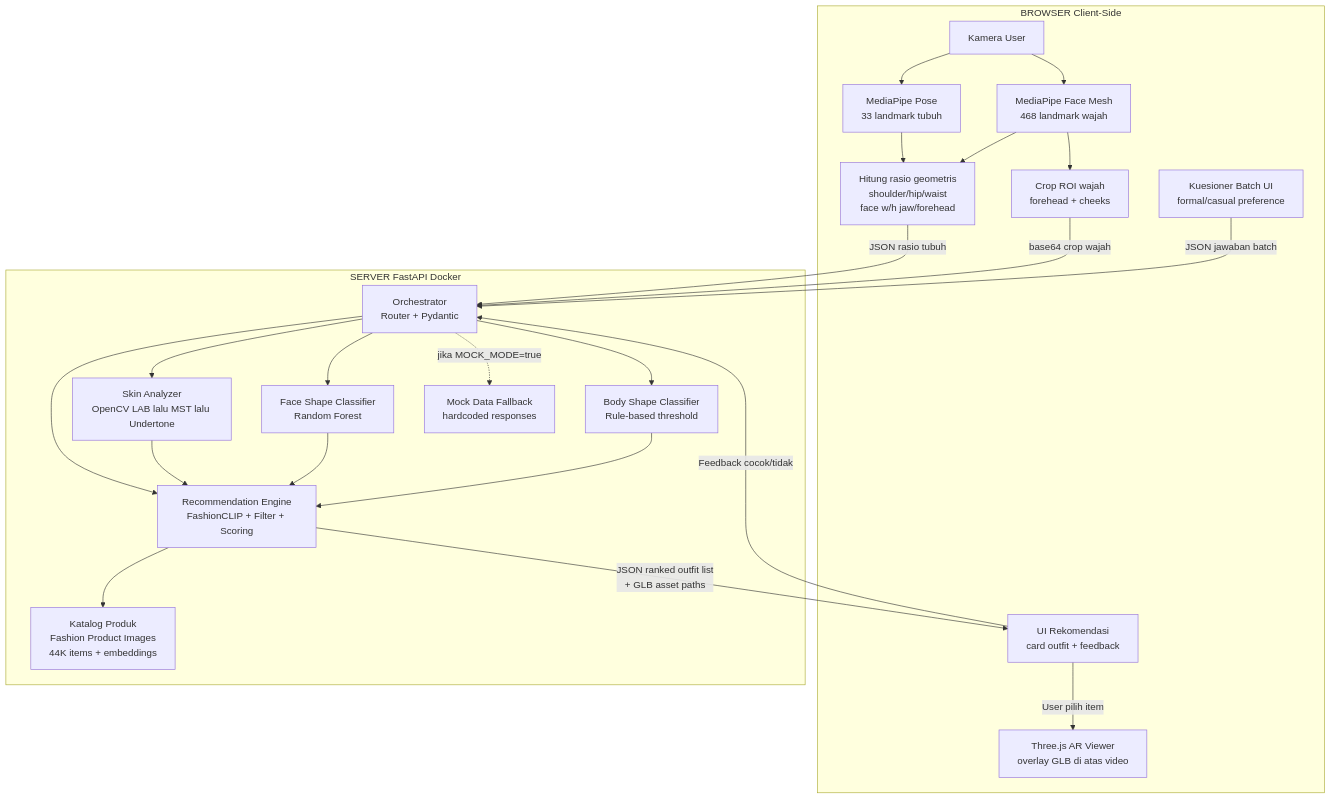
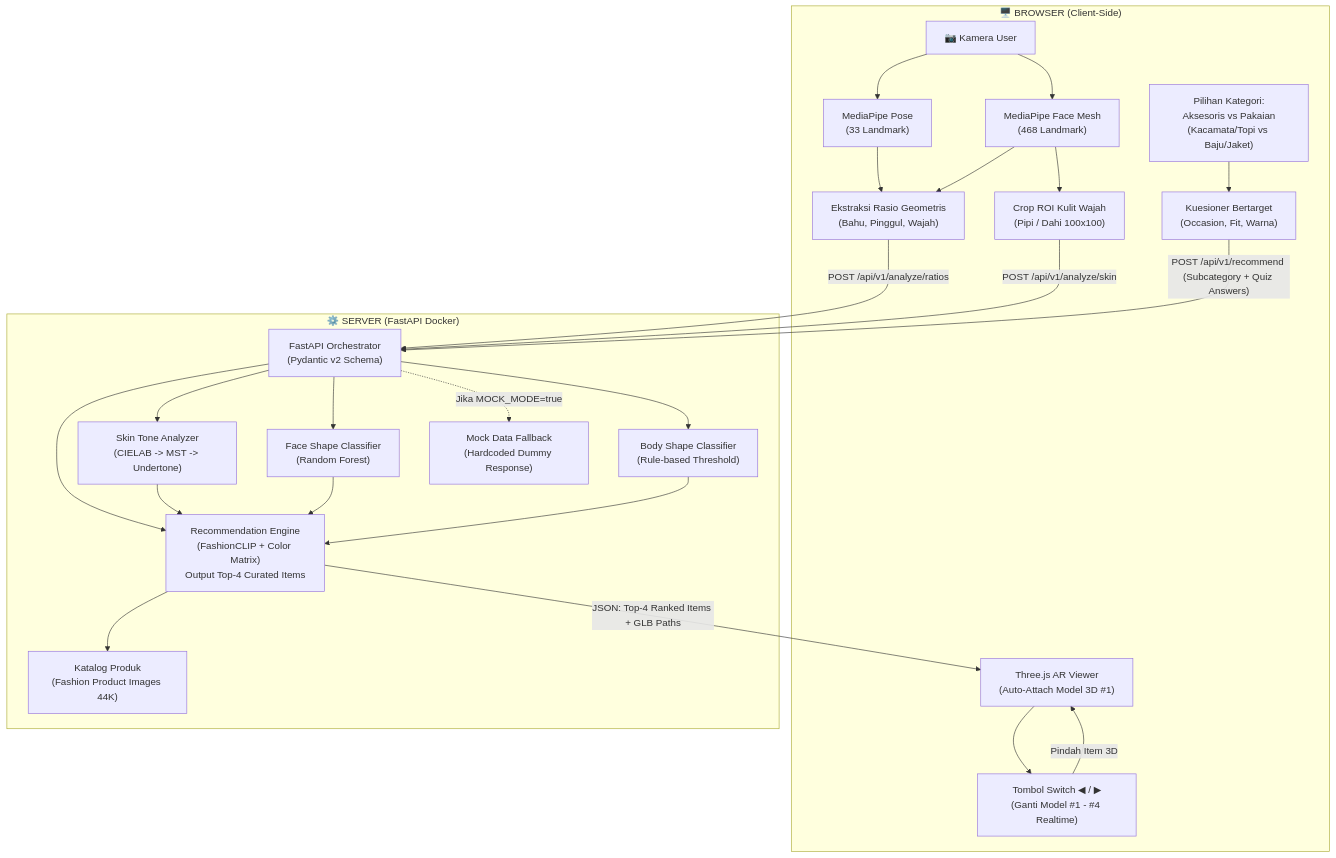
Before and after one commit to HikariReiziq/Compfest-AIC: the diagram in PRD.md, drawn with Mermaid. The commit also changed other lines of this file and 111 other files, not shown here.

````diff
--- a/PRD.md
+++ b/PRD.md
@@ -208,48 +208,50 @@
 ```mermaid
 flowchart TB
-    subgraph BROWSER["BROWSER Client-Side"]
-        CAM["Kamera User"]
-        MP_POSE["MediaPipe Pose\n33 landmark tubuh"]
-        MP_FACE["MediaPipe Face Mesh\n468 landmark wajah"]
-        RATIO["Hitung rasio geometris\nshoulder/hip/waist\nface w/h jaw/forehead"]
-        CROP["Crop ROI wajah\nforehead + cheeks"]
-        QUIZ["Kuesioner Batch UI\nformal/casual preference"]
-        AR_VIEW["Three.js AR Viewer\noverlay GLB di atas video"]
-        REKO_UI["UI Rekomendasi\ncard outfit + feedback"]
+    subgraph BROWSER["🖥️ BROWSER (Client-Side)"]
+        CAM["📷 Kamera User"]
+        MP_POSE["MediaPipe Pose\n(33 Landmark)"]
+        MP_FACE["MediaPipe Face Mesh\n(468 Landmark)"]
+        RATIO["Ekstraksi Rasio Geometris\n(Bahu, Pinggul, Wajah)"]
+        CROP["Crop ROI Kulit Wajah\n(Pipi / Dahi 100x100)"]
+        CAT_SELECT["Pilihan Kategori:\nAksesoris vs Pakaian\n(Kacamata/Topi vs Baju/Jaket)"]
+        QUIZ["Kuesioner Bertarget\n(Occasion, Fit, Warna)"]
+        AR_VIEW["Three.js AR Viewer\n(Auto-Attach Model 3D #1)"]
+        SWITCH_UI["Tombol Switch ◀ / ▶\n(Ganti Model #1 - #4 Realtime)"]
     end
 
-    subgraph SERVER["SERVER FastAPI Docker"]
-        ORCH["Orchestrator\nRouter + Pydantic"]
-        SKIN["Skin Analyzer\nOpenCV LAB lalu MST lalu Undertone"]
-        FACE_CLS["Face Shape Classifier\nRandom Forest"]
-        BODY_CLS["Body Shape Classifier\nRule-based threshold"]
-        REKO_ENG["Recommendation Engine\nFashionCLIP + Filter + Scoring"]
-        CATALOG["Katalog Produk\nFashion Product Images\n44K items + embeddings"]
-        MOCK["Mock Data Fallback\nhardcoded responses"]
+    subgraph SERVER["⚙️ SERVER (FastAPI Docker)"]
+        ORCH["FastAPI Orchestrator\n(Pydantic v2 Schema)"]
+        SKIN["Skin Tone Analyzer\n(CIELAB -> MST -> Undertone)"]
+        FACE_CLS["Face Shape Classifier\n(Random Forest)"]
+        BODY_CLS["Body Shape Classifier\n(Rule-based Threshold)"]
+        REKO_ENG["Recommendation Engine\n(FashionCLIP + Color Matrix)\nOutput Top-4 Curated Items"]
+        CATALOG["Katalog Produk\n(Fashion Product Images 44K)"]
+        MOCK["Mock Data Fallback\n(Hardcoded Dummy Response)"]
     end
 
     CAM --> MP_POSE
     CAM --> MP_FACE
     MP_POSE --> RATIO
     MP_FACE --> RATIO
     MP_FACE --> CROP
 
-    RATIO -->|"JSON rasio tubuh"| ORCH
-    CROP -->|"base64 crop wajah"| ORCH
-    QUIZ -->|"JSON jawaban batch"| ORCH
+    RATIO -->|"POST /api/v1/analyze/ratios"| ORCH
+    CROP -->|"POST /api/v1/analyze/skin"| ORCH
+    CAT_SELECT --> QUIZ
+    QUIZ -->|"POST /api/v1/recommend (Subcategory + Quiz Answers)"| ORCH
 
     ORCH --> SKIN
     ORCH --> FACE_CLS
     ORCH --> BODY_CLS
     ORCH --> REKO_ENG
-    ORCH -.->|"jika MOCK_MODE=true"| MOCK
+    ORCH -.->|"Jika MOCK_MODE=true"| MOCK
 
     SKIN --> REKO_ENG
     FACE_CLS --> REKO_ENG
     BODY_CLS --> REKO_ENG
     REKO_ENG --> CATALOG
 
-    REKO_ENG -->|"JSON ranked outfit list\n+ GLB asset paths"| REKO_UI
-    REKO_UI -->|"User pilih item"| AR_VIEW
-    REKO_UI -->|"Feedback cocok/tidak"| ORCH
+    REKO_ENG -->|"JSON: Top-4 Ranked Items + GLB Paths"| AR_VIEW
+    AR_VIEW --> SWITCH_UI
+    SWITCH_UI -->|"Pindah Item 3D"| AR_VIEW
 ```
````
